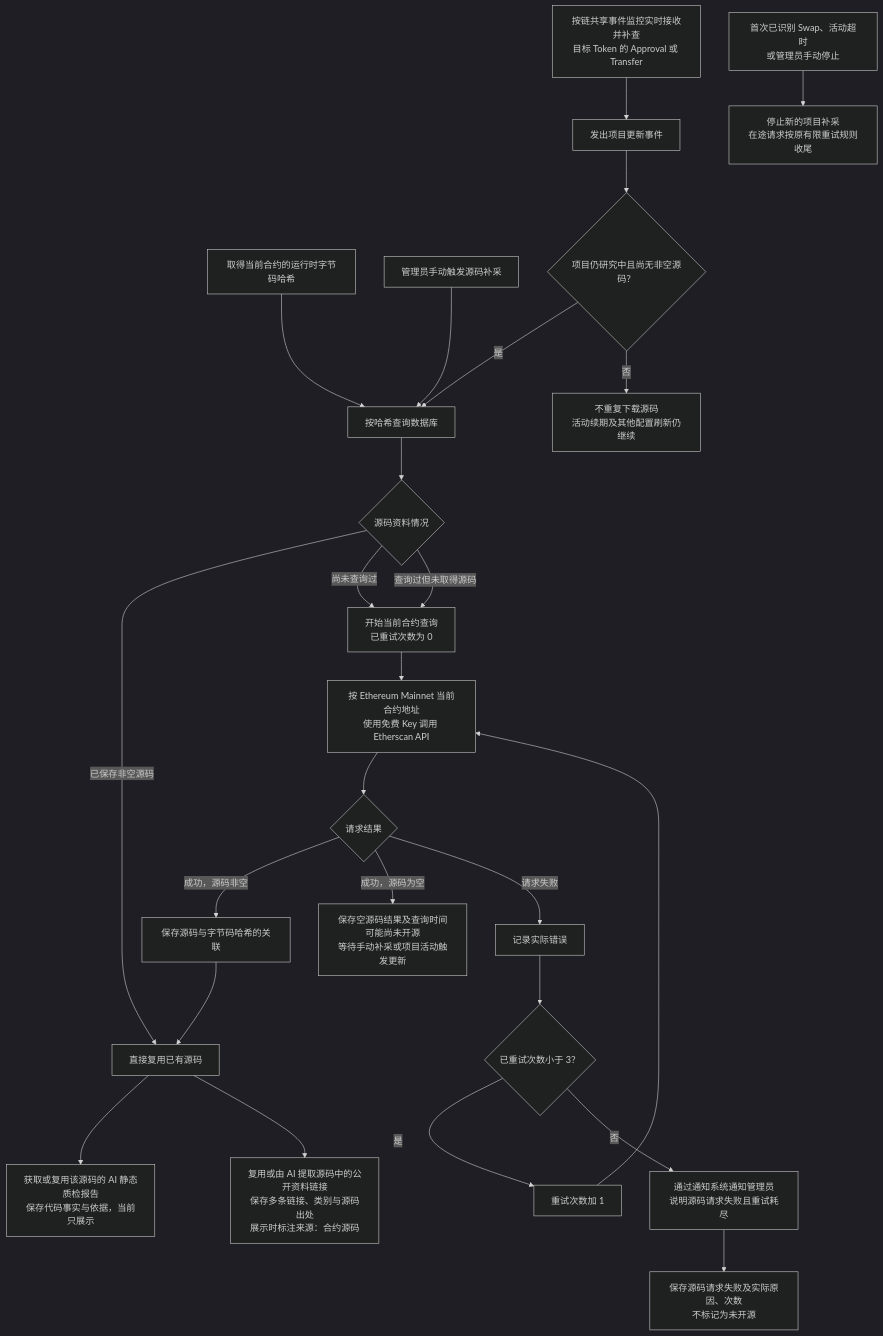
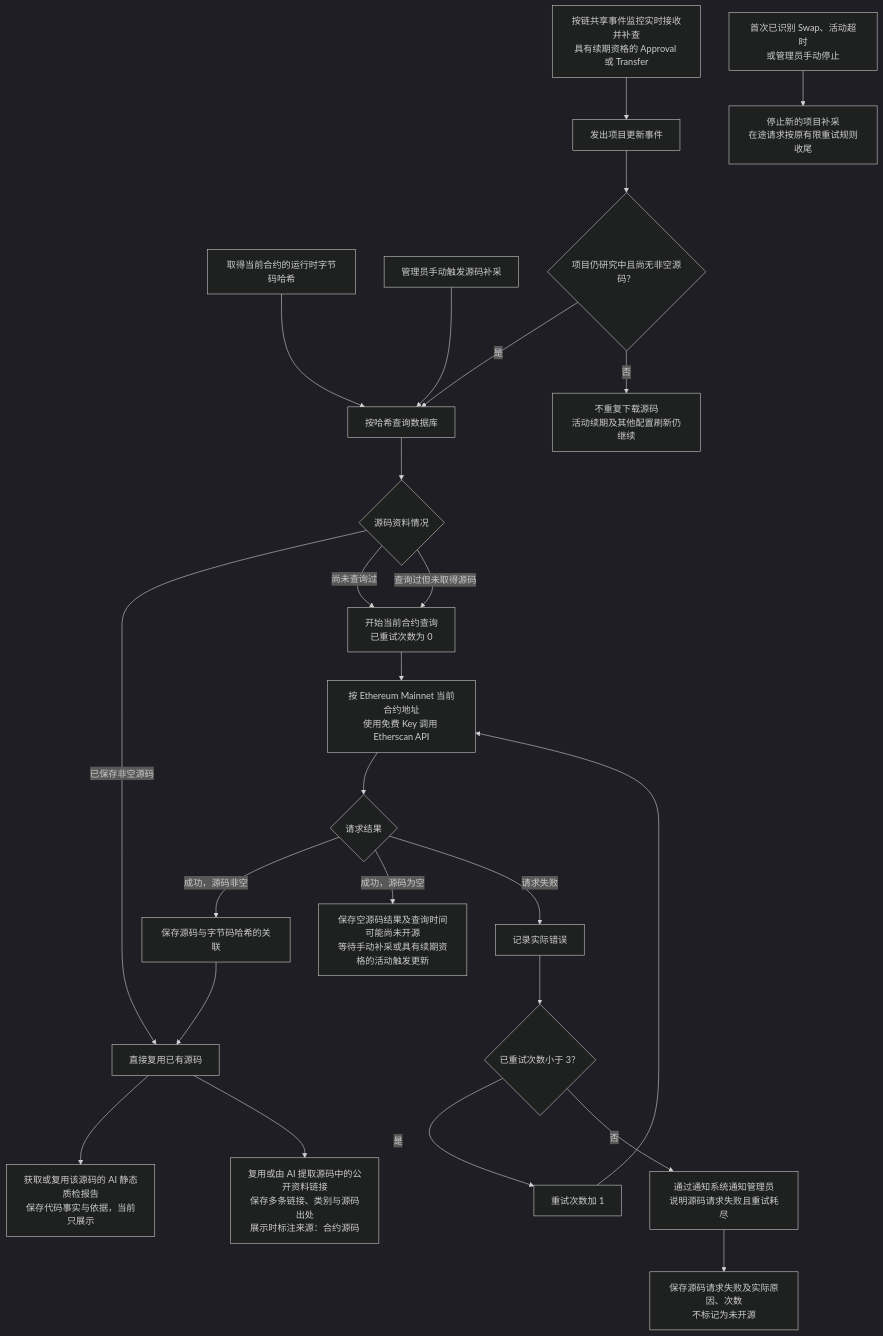
One commit to useryege/athena-o changed the diagram in docs/requirements/token/token-contract-source-flow.md. Above: the diagram before and after it, drawn with Mermaid (dark theme). The commit also changed other lines of this file and 16 other files, not shown here.

````diff
--- a/docs/requirements/token/token-contract-source-flow.md
+++ b/docs/requirements/token/token-contract-source-flow.md
@@ -15,27 +15,27 @@
 ```mermaid
 flowchart TD
     A["取得当前合约的运行时字节码哈希"] --> B["按哈希查询数据库"]
     B --> C{"源码资料情况"}
     C -->|已保存非空源码| D["直接复用已有源码"]
     C -->|尚未查询过| R["开始当前合约查询<br/>已重试次数为 0"]
     C -->|查询过但未取得源码| R
     R --> E["按 Ethereum Mainnet 当前合约地址<br/>使用免费 Key 调用 Etherscan API"]
     E --> G{"请求结果"}
     G -->|成功，源码非空| H["保存源码与字节码哈希的关联"]
     H --> D
-    G -->|成功，源码为空| U["保存空源码结果及查询时间<br/>可能尚未开源<br/>等待手动补采或项目活动触发更新"]
+    G -->|成功，源码为空| U["保存空源码结果及查询时间<br/>可能尚未开源<br/>等待手动补采或具有续期资格的活动触发更新"]
     G -->|请求失败| I["记录实际错误"]
     I --> K{"已重试次数小于 3？"}
     K -->|是| L["重试次数加 1"]
     L --> E
     K -->|否| M["通过通知系统通知管理员<br/>说明源码请求失败且重试耗尽"]
     M --> V["保存源码请求失败及实际原因、次数<br/>不标记为未开源"]
     D --> J["获取或复用该源码的 AI 静态质检报告<br/>保存代码事实与依据，当前只展示"]
     D --> P["复用或由 AI 提取源码中的公开资料链接<br/>保存多条链接、类别与源码出处<br/>展示时标注来源：合约源码"]
     MANUAL["管理员手动触发源码补采"] --> B
-    ACTIVITY["按链共享事件监控实时接收并补查<br/>目标 Token 的 Approval 或 Transfer"] --> UPDATE["发出项目更新事件"]
+    ACTIVITY["按链共享事件监控实时接收并补查<br/>具有续期资格的 Approval 或 Transfer"] --> UPDATE["发出项目更新事件"]
     UPDATE --> ELIGIBLE{"项目仍研究中且尚无非空源码？"}
     ELIGIBLE -->|是| B
     ELIGIBLE -->|否| SKIP["不重复下载源码<br/>活动续期及其他配置刷新仍继续"]
     STOP_EVENT["首次已识别 Swap、活动超时<br/>或管理员手动停止"] --> STOP["停止新的项目补采<br/>在途请求按原有限重试规则收尾"]
 ```
````
